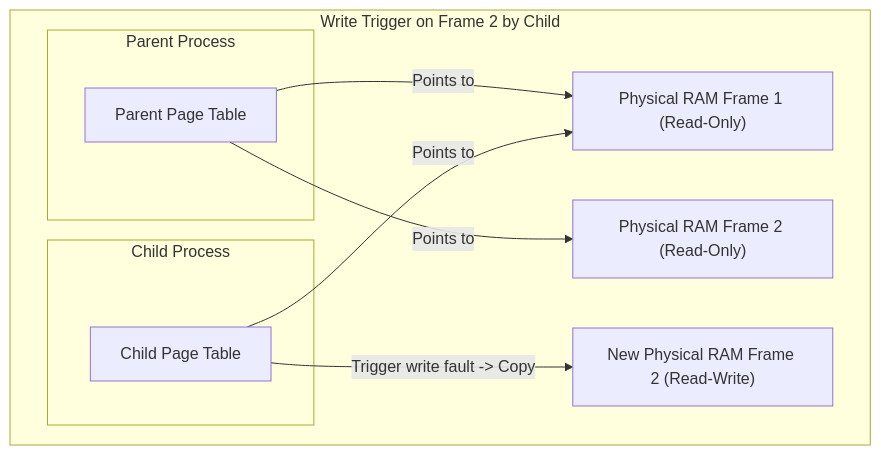
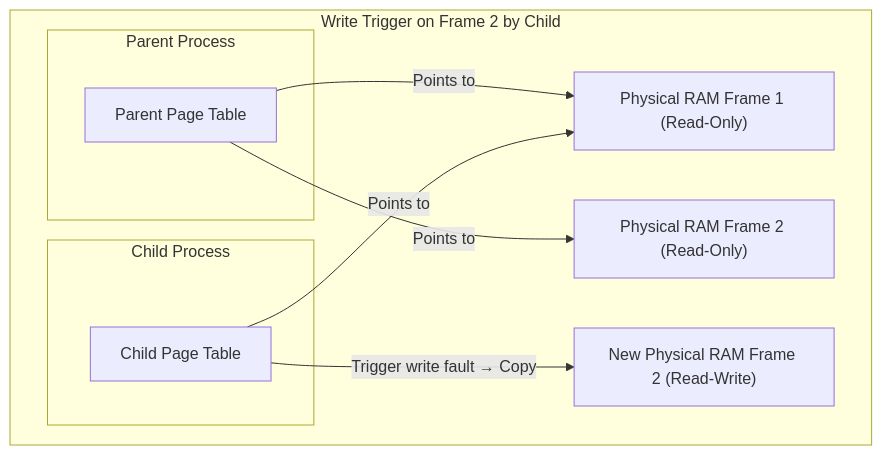
One commit to Anshitva7mishra/OperatingSystem changed diagram 11 of 15 in Day2/InterviewQuestion.md. Above: the diagram before and after it, drawn with Mermaid. The commit also changed other lines of this file, not shown here.

Commit message:
[Anshitva]:Fix Mermaid diagram parsing syntax errors in Day 2

````diff
--- a/Day2/InterviewQuestion.md
+++ b/Day2/InterviewQuestion.md
@@ -1207,22 +1207,22 @@
 ```mermaid
 flowchart TD
     subgraph Trigger["Write Trigger on Frame 2 by Child"]
         subgraph ParentP2["Parent Process"]
             PPageTable2["Parent Page Table"]
         end
         
         subgraph ChildP2["Child Process"]
             CPageTable2["Child Page Table"]
         end
         
         PhysicalPage1["Physical RAM Frame 1 (Read-Only)"]
         PhysicalPage2["Physical RAM Frame 2 (Read-Only)"]
         NewPhysicalPage2["New Physical RAM Frame 2 (Read-Write)"]
         
         PPageTable2 -->|Points to| PhysicalPage1
         PPageTable2 -->|Points to| PhysicalPage2
         
         CPageTable2 -->|Points to| PhysicalPage1
-        CPageTable2 -->|Trigger write fault -> Copy| NewPhysicalPage2
+        CPageTable2 -->|Trigger write fault → Copy| NewPhysicalPage2
     end
 ```
````
